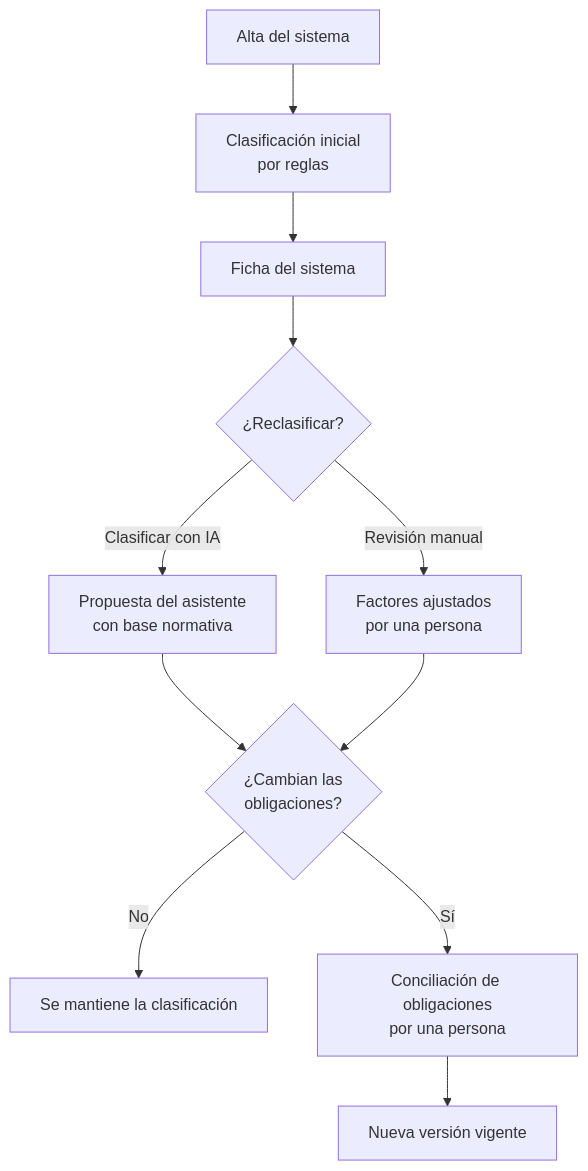
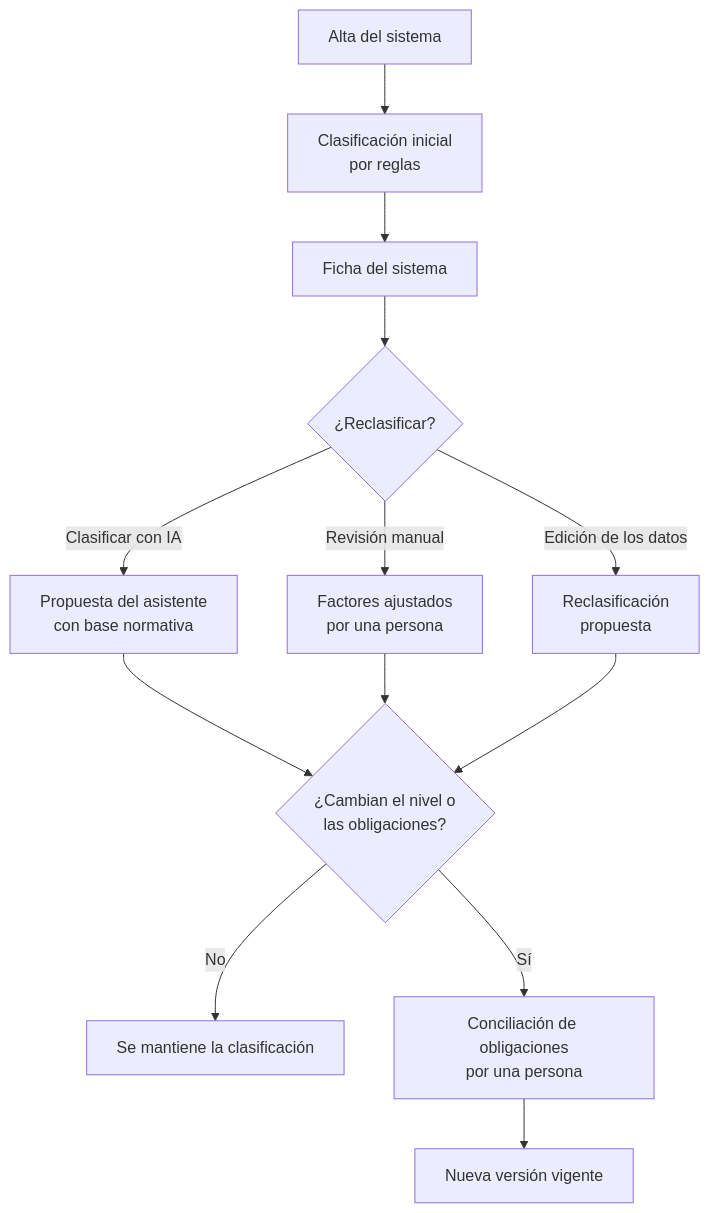
One commit to albarracingarciap/fluxion-saas changed the diagram in docs/negocio/clasificacion-ai-act.md. Above: the diagram before and after it, drawn with Mermaid. The commit also changed other lines of this file and 15 other files, not shown here.

````diff
--- a/docs/negocio/clasificacion-ai-act.md
+++ b/docs/negocio/clasificacion-ai-act.md
@@ -63,12 +74,14 @@
 ```mermaid
 flowchart TD
   A[Alta del sistema] --> B[Clasificación inicial<br/>por reglas]
   B --> C[Ficha del sistema]
   C --> D{¿Reclasificar?}
   D -->|Clasificar con IA| E[Propuesta del asistente<br/>con base normativa]
   D -->|Revisión manual| F[Factores ajustados<br/>por una persona]
-  E --> H{¿Cambian las<br/>obligaciones?}
+  D -->|Edición de los datos| G[Reclasificación<br/>propuesta]
+  E --> H{¿Cambian el nivel o<br/>las obligaciones?}
   F --> H
+  G --> H
   H -->|No| I[Se mantiene la clasificación]
   H -->|Sí| J[Conciliación de obligaciones<br/>por una persona] --> K[Nueva versión vigente]
 ```
````
